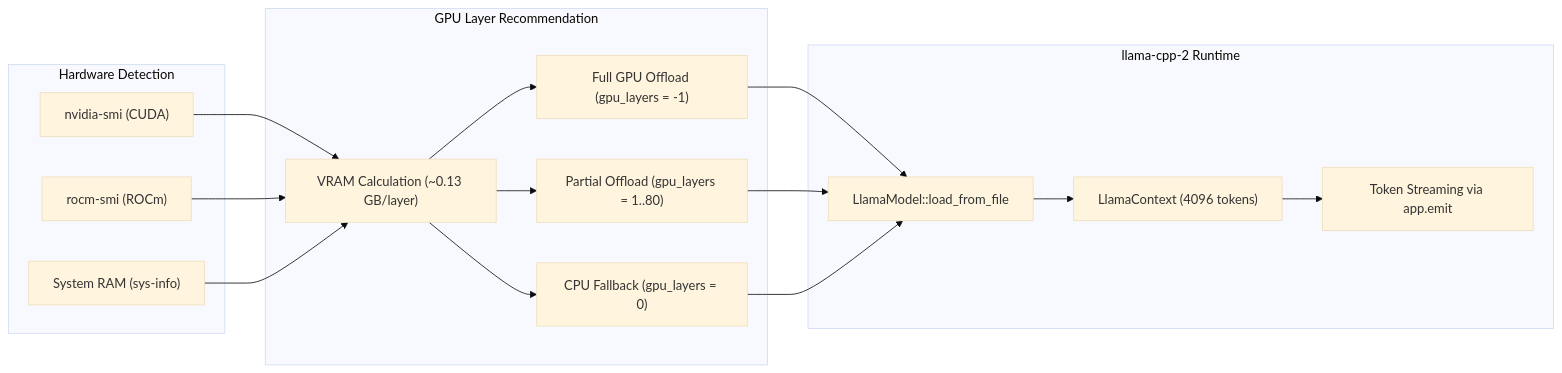
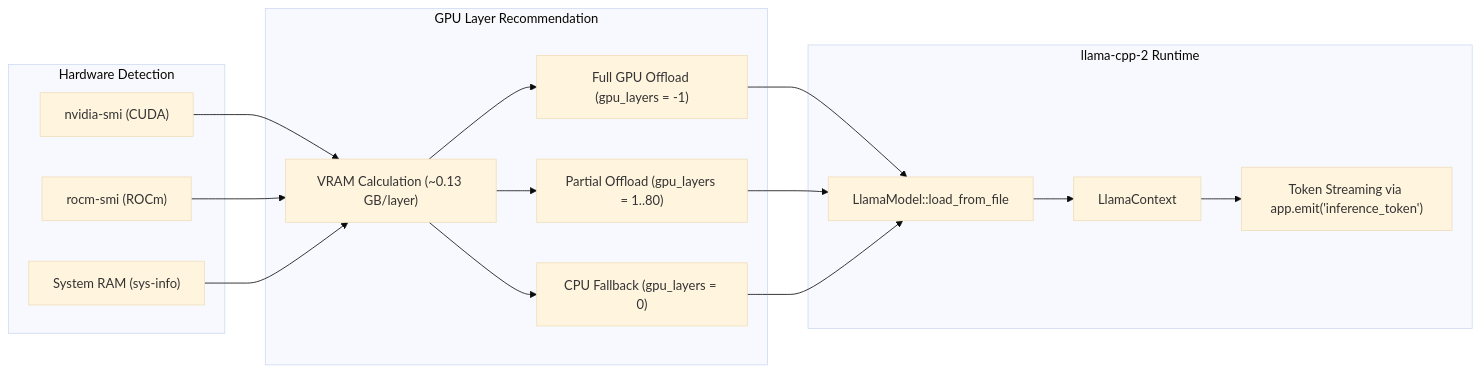
Before and after one commit to zishan049/Composer: the sixth of 11 diagrams in PRD.md, drawn with Mermaid (base theme). The commit also changed other lines of this file and 25 other files, not shown here.

````diff
--- a/PRD.md
+++ b/PRD.md
@@ -292,32 +319,32 @@
 ```mermaid
 graph LR
     subgraph Detection ["Hardware Detection"]
         NVIDIA["nvidia-smi (CUDA)"]
         AMD["rocm-smi (ROCm)"]
         CPU["System RAM (sys-info)"]
     end
 
     subgraph Recommendation ["GPU Layer Recommendation"]
         CALC["VRAM Calculation (~0.13 GB/layer)"]
         ALL["Full GPU Offload (gpu_layers = -1)"]
         PART["Partial Offload (gpu_layers = 1..80)"]
         FALL["CPU Fallback (gpu_layers = 0)"]
     end
 
     subgraph Execution ["llama-cpp-2 Runtime"]
         LOAD["LlamaModel::load_from_file"]
-        CTX["LlamaContext (4096 tokens)"]
-        STREAM["Token Streaming via app.emit"]
+        CTX["LlamaContext"]
+        STREAM["Token Streaming via app.emit('inference_token')"]
     end
 
     NVIDIA --> CALC
     AMD --> CALC
     CPU --> CALC
     CALC --> ALL
     CALC --> PART
     CALC --> FALL
     ALL --> LOAD
     PART --> LOAD
     FALL --> LOAD
     LOAD --> CTX --> STREAM
 ```
````
